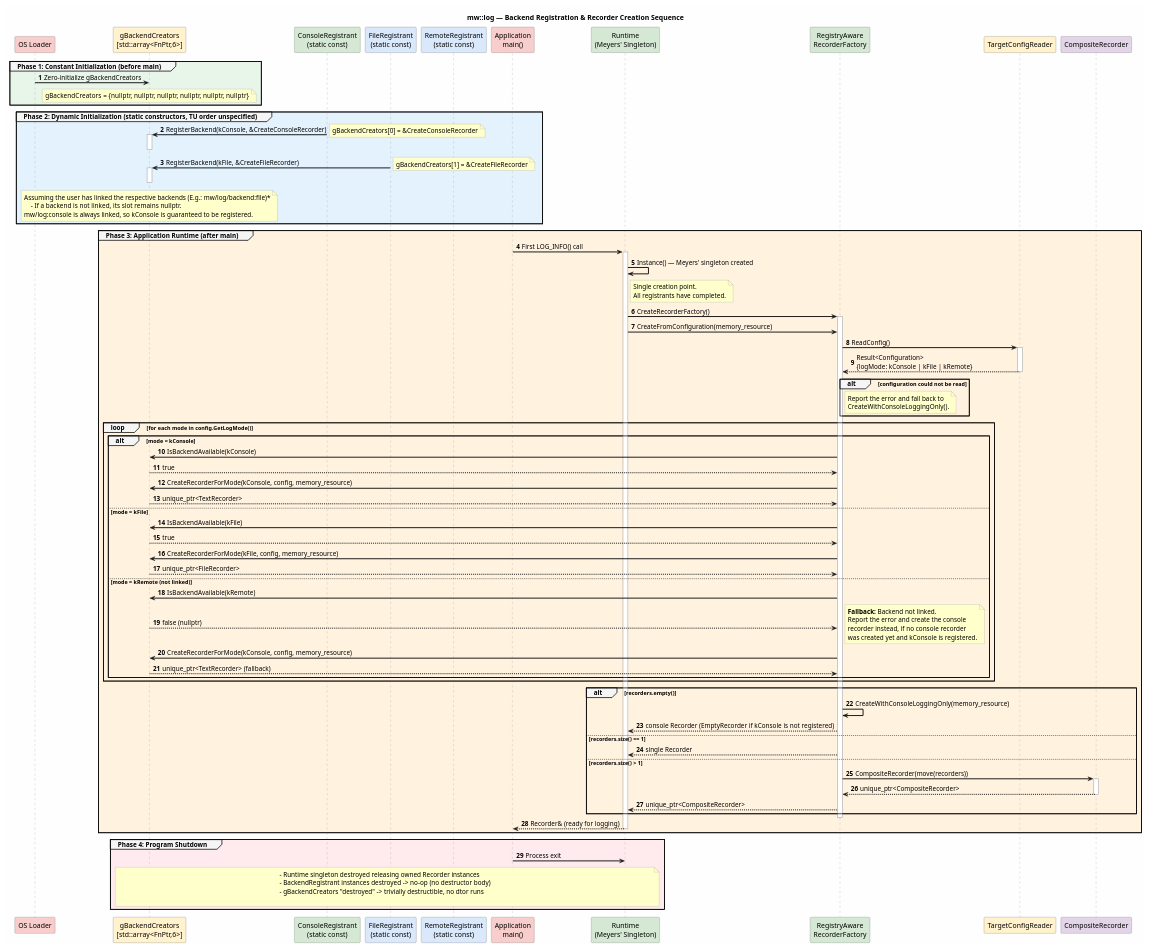
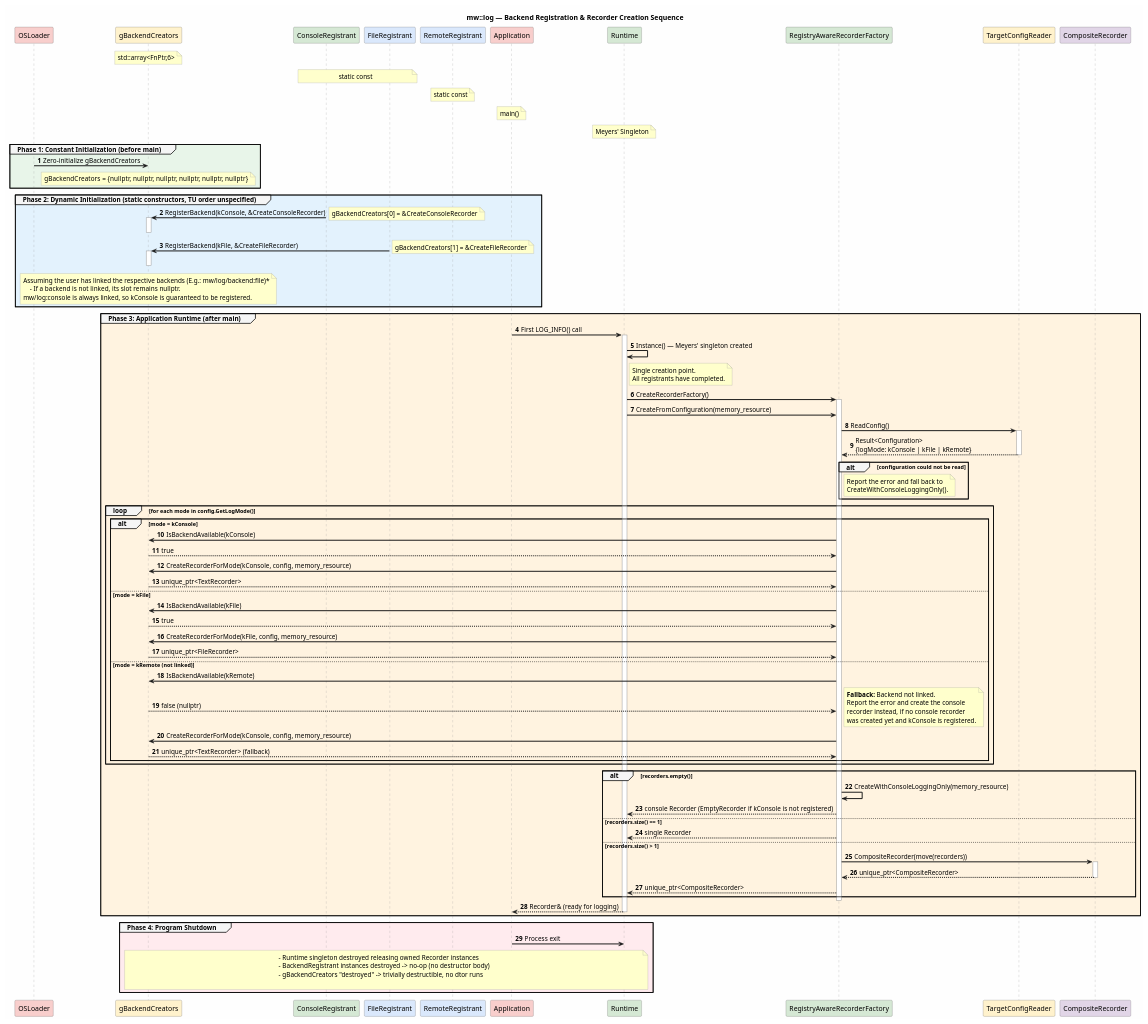
The diagram in score/mw/log/docs/detailed_design/_assets/backend_registration_sequence_diagram.puml (eclipse-score/baselibs), drawn with PlantUML before and after one commit. The commit also changed 9 other files, not shown here.

```diff
--- a/score/mw/log/docs/detailed_design/_assets/backend_registration_sequence_diagram.puml
+++ b/score/mw/log/docs/detailed_design/_assets/backend_registration_sequence_diagram.puml
@@ -1,136 +1,141 @@
 @startuml sequence_diagram
 ' Sequence Diagram: Backend Registration and Recorder Creation Flow
 
 skinparam backgroundColor #FEFEFE
 skinparam sequenceArrowThickness 2
 skinparam sequenceParticipantBorderColor #666666
 skinparam sequenceLifeLineBorderColor #999999
 skinparam noteBackgroundColor #FFFFCC
 skinparam noteBorderColor #999999
 skinparam sequenceGroupBackgroundColor #F5F5F5
 
 title **mw::log — Backend Registration & Recorder Creation Sequence**
 
 ' === Participants ===
-participant "OS Loader" as loader #F8CECC
-participant "gBackendCreators\n[std::array<FnPtr,6>]" as table #FFF2CC
-participant "ConsoleRegistrant\n(static const)" as console_reg #D5E8D4
-participant "FileRegistrant\n(static const)" as file_reg #DAE8FC
-participant "RemoteRegistrant\n(static const)" as remote_reg #DAE8FC
-participant "Application\nmain()" as app #F8CECC
-participant "Runtime\n(Meyers' Singleton)" as runtime #D5E8D4
-participant "RegistryAware\nRecorderFactory" as factory #D5E8D4
+participant "OSLoader" as loader #F8CECC
+participant "gBackendCreators" as table #FFF2CC
+participant "ConsoleRegistrant" as console_reg #D5E8D4
+participant "FileRegistrant" as file_reg #DAE8FC
+participant "RemoteRegistrant" as remote_reg #DAE8FC
+participant "Application" as app #F8CECC
+participant "Runtime" as runtime #D5E8D4
+participant "RegistryAwareRecorderFactory" as factory #D5E8D4
 participant "TargetConfigReader" as config_reader #FFF2CC
 participant "CompositeRecorder" as composite #E1D5E7
+note over table : std::array<FnPtr,6>
+note over console_reg, file_reg : static const
+note over remote_reg : static const
+note over app : main()
+note over runtime : Meyers' Singleton
 
 ' === Phase 1: Constant Initialization (load time) ===
 autonumber
 group #E8F5E9 Phase 1: Constant Initialization (before main)
     loader -> table : Zero-initialize gBackendCreators
     note over table
         gBackendCreators = {nullptr, nullptr, nullptr, nullptr, nullptr, nullptr}
     end note
 end
 
 ' === Phase 2: Dynamic Initialization (static constructors, before main) ===
 group #E3F2FD Phase 2: Dynamic Initialization (static constructors, TU order unspecified)
     console_reg -> table : RegisterBackend(kConsole, &CreateConsoleRecorder)
     note right : gBackendCreators[0] = &CreateConsoleRecorder
     activate table
     deactivate table
 
     file_reg -> table : RegisterBackend(kFile, &CreateFileRecorder)
     note right : gBackendCreators[1] = &CreateFileRecorder
     activate table
     deactivate table
 
     note over table
         Assuming the user has linked the respective backends (E.g.: mw/log/backend:file)*
             - If a backend is not linked, its slot remains nullptr.
         mw/log:console is always linked, so kConsole is guaranteed to be registered.
     end note
 end
 
 ' === Phase 3: main() starts ===
 group #FFF3E0 Phase 3: Application Runtime (after main)
     app -> runtime : First LOG_INFO() call
     activate runtime
 
     runtime -> runtime : Instance() — Meyers' singleton created
     note right of runtime
         Single creation point.
         All registrants have completed.
     end note
 
     runtime -> factory : CreateRecorderFactory()
     activate factory
     runtime -> factory : CreateFromConfiguration(memory_resource)
 
     factory -> config_reader : ReadConfig()
     activate config_reader
     config_reader --> factory : Result<Configuration>\n{logMode: kConsole | kFile | kRemote}
     deactivate config_reader
 
     alt configuration could not be read
         note right of factory
             Report the error and fall back to
             CreateWithConsoleLoggingOnly().
         end note
     end
 
     ' --- Iterate over configured log modes ---
     loop for each mode in config.GetLogMode()
         alt mode = kConsole
             factory -> table : IsBackendAvailable(kConsole)
             table --> factory : true
             factory -> table : CreateRecorderForMode(kConsole, config, memory_resource)
             table --> factory : unique_ptr<TextRecorder>
         else mode = kFile
             factory -> table : IsBackendAvailable(kFile)
             table --> factory : true
             factory -> table : CreateRecorderForMode(kFile, config, memory_resource)
             table --> factory : unique_ptr<FileRecorder>
         else mode = kRemote (not linked)
             factory -> table : IsBackendAvailable(kRemote)
             table --> factory : false (nullptr)
             note right
                 **Fallback:** Backend not linked.
                 Report the error and create the console
                 recorder instead, if no console recorder
                 was created yet and kConsole is registered.
             end note
             factory -> table : CreateRecorderForMode(kConsole, config, memory_resource)
             table --> factory : unique_ptr<TextRecorder> (fallback)
         end
     end
 
     alt recorders.empty()
         factory -> factory : CreateWithConsoleLoggingOnly(memory_resource)
         factory --> runtime : console Recorder (EmptyRecorder if kConsole is not registered)
     else recorders.size() == 1
         factory --> runtime : single Recorder
     else recorders.size() > 1
         factory -> composite : CompositeRecorder(move(recorders))
         activate composite
         composite --> factory : unique_ptr<CompositeRecorder>
         deactivate composite
         factory --> runtime : unique_ptr<CompositeRecorder>
     end
     deactivate factory
 
     runtime --> app : Recorder& (ready for logging)
     deactivate runtime
 end
 
 ' === Phase 4: Shutdown ===
 group #FFEBEE Phase 4: Program Shutdown
     app -> runtime : Process exit
     note over runtime, table
         - Runtime singleton destroyed releasing owned Recorder instances
         - BackendRegistrant instances destroyed -> no-op (no destructor body)
         - gBackendCreators "destroyed" -> trivially destructible, no dtor runs
 
     end note
 end
 
 @enduml
```
